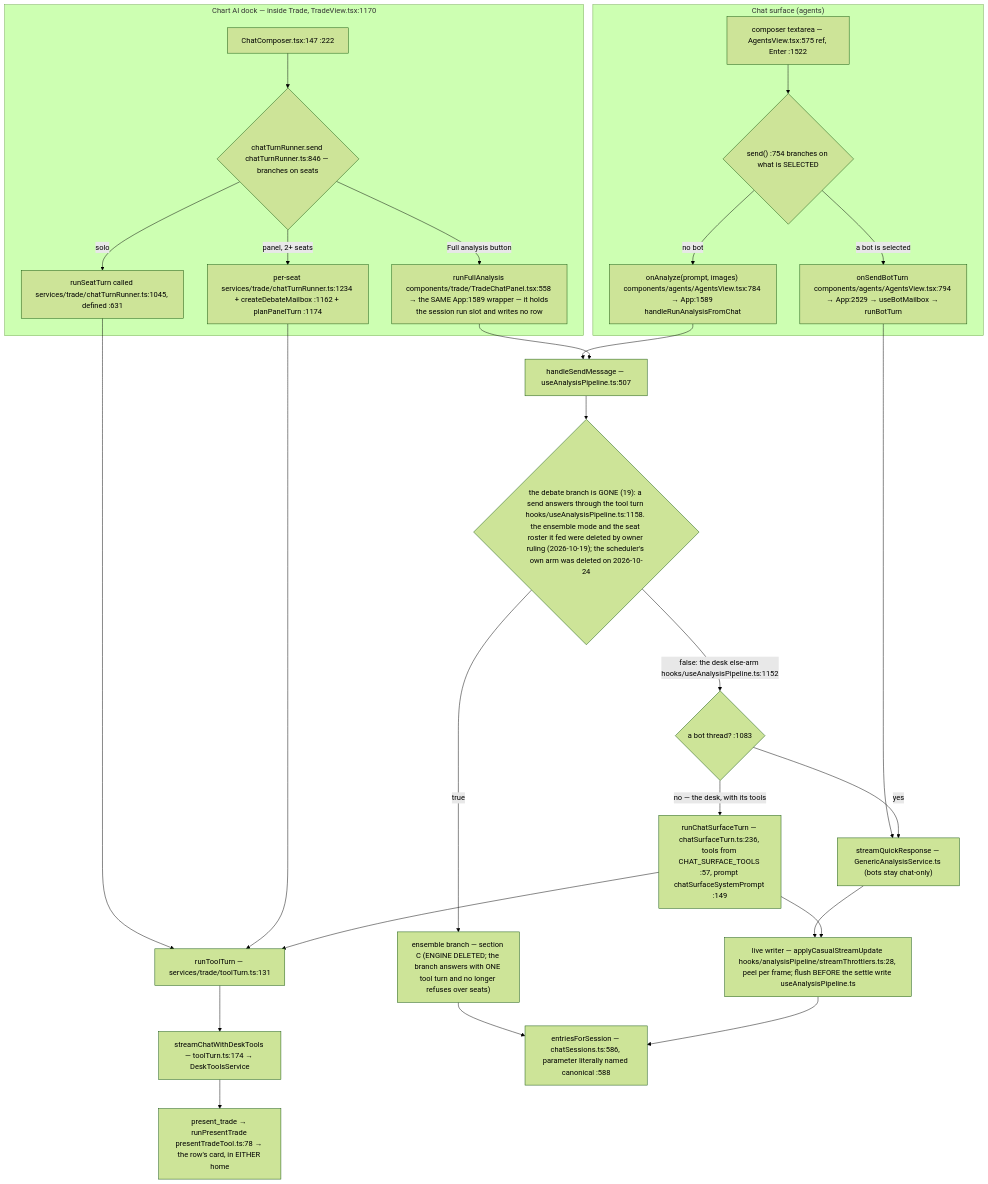
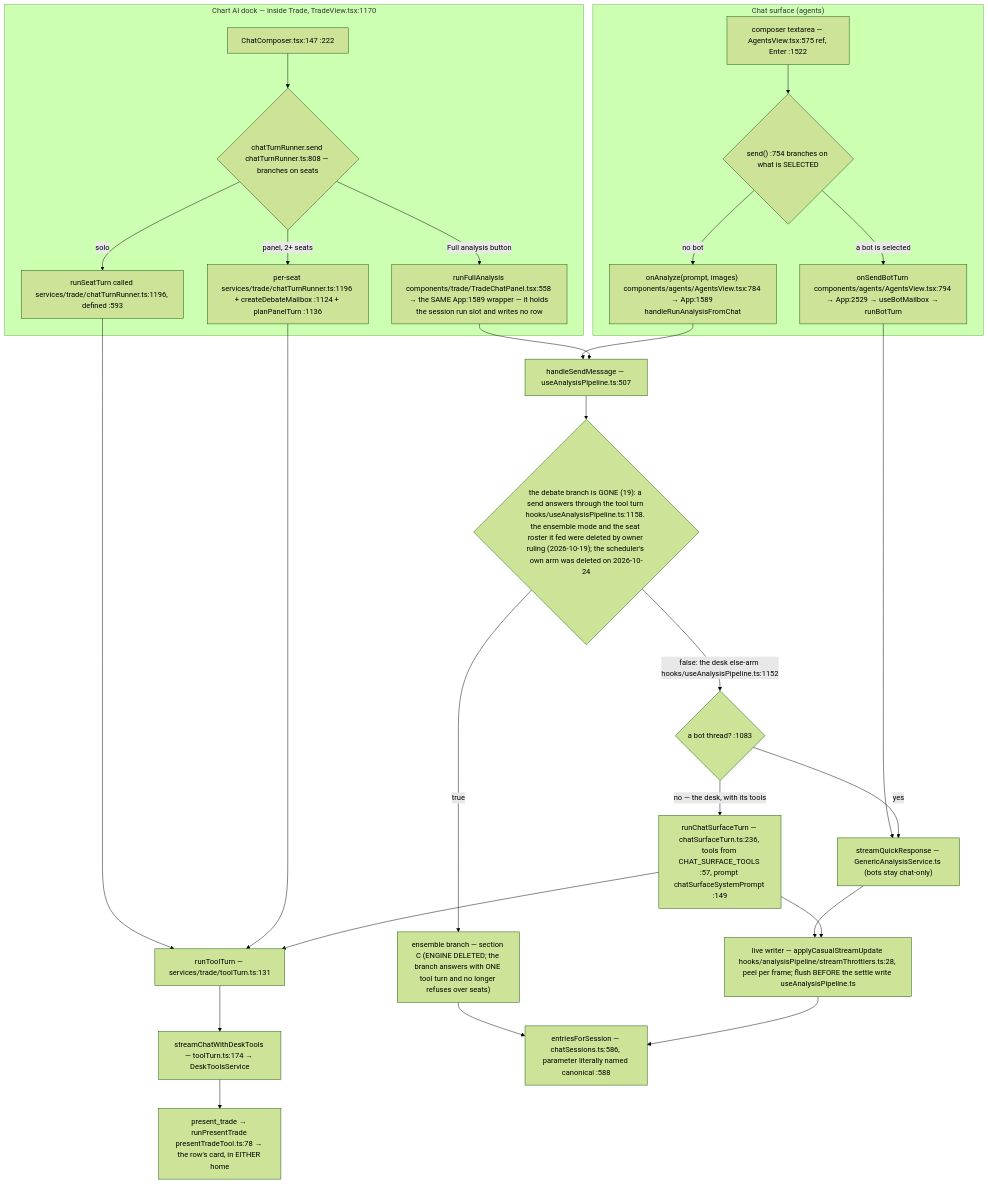
The second of 8 diagrams in docs/app-flow.md (Acepay25/august-3.5), drawn with Mermaid (forest theme) before and after one commit. The commit also changed other lines of this file and 2 other files, not shown here.

First line of the commit message:
docs(flow): re-anchor the five citations the skill_view pass moved

````diff
--- a/docs/app-flow.md
+++ b/docs/app-flow.md
@@ -78,31 +78,31 @@
 ```mermaid
 flowchart TD
     subgraph CHAT["Chat surface (agents)"]
         CB["composer textarea — AgentsView.tsx:575 ref, Enter :1522"] --> D1{"send() :754 branches on what is SELECTED"}
         D1 -->|a bot is selected| BOT["onSendBotTurn components/agents/AgentsView.tsx:794 → App:2529 → useBotMailbox → runBotTurn"]
         D1 -->|no bot| AN["onAnalyze(prompt, images) components/agents/AgentsView.tsx:784 → App:1589 handleRunAnalysisFromChat"]
     end
     subgraph DOCK["Chart AI dock — inside Trade, TradeView.tsx:1170"]
-        DC["ChatComposer.tsx:147 :222"] --> D2{"chatTurnRunner.send chatTurnRunner.ts:846 — branches on seats"}
-        D2 -->|solo| SO["runSeatTurn called services/trade/chatTurnRunner.ts:1045, defined :631"]
-        D2 -->|panel, 2+ seats| PN["per-seat services/trade/chatTurnRunner.ts:1234 + createDebateMailbox :1162 + planPanelTurn :1174"]
+        DC["ChatComposer.tsx:147 :222"] --> D2{"chatTurnRunner.send chatTurnRunner.ts:808 — branches on seats"}
+        D2 -->|solo| SO["runSeatTurn called services/trade/chatTurnRunner.ts:1196, defined :593"]
+        D2 -->|panel, 2+ seats| PN["per-seat services/trade/chatTurnRunner.ts:1196 + createDebateMailbox :1124 + planPanelTurn :1136"]
         D2 -->|Full analysis button| FA["runFullAnalysis components/trade/TradeChatPanel.tsx:558 → the SAME App:1589 wrapper — it holds the session run slot and writes no row"]
     end
     SO --> TT["runToolTurn — services/trade/toolTurn.ts:131"]
     PN --> TT
     TT --> SCDT["streamChatWithDeskTools — toolTurn.ts:174 → DeskToolsService"]
     BOT --> TR["streamQuickResponse — GenericAnalysisService.ts (bots stay chat-only)"]
     AN --> HSM["handleSendMessage — useAnalysisPipeline.ts:507"]
     FA --> HSM
     HSM --> D3{"the debate branch is GONE (19): a send answers through the tool turn hooks/useAnalysisPipeline.ts:1158. the ensemble mode and the seat roster it fed were deleted by owner ruling (2026-10-19); the scheduler's own arm was deleted on 2026-10-24"}
     D3 -->|true| ENS["ensemble branch — section C (ENGINE DELETED; the branch answers with ONE tool turn and no longer refuses over seats)"]
     D3 -->|false: the desk else-arm hooks/useAnalysisPipeline.ts:1152| SPLIT{"a bot thread? :1083"}
     SPLIT -->|yes| TR
     SPLIT -->|no — the desk, with its tools| CST["runChatSurfaceTurn — chatSurfaceTurn.ts:236, tools from CHAT_SURFACE_TOOLS :57, prompt chatSurfaceSystemPrompt :149"]
     CST --> TT
     TR --> LW["live writer — applyCasualStreamUpdate hooks/analysisPipeline/streamThrottlers.ts:28, peel per frame; flush BEFORE the settle write useAnalysisPipeline.ts"]
     CST --> LW
     ENS --> MERGE
     LW --> MERGE["entriesForSession — chatSessions.ts:586, parameter literally named canonical :588"]
     SCDT --> PT["present_trade → runPresentTrade presentTradeTool.ts:78 → the row's card, in EITHER home"]
 ```
````
